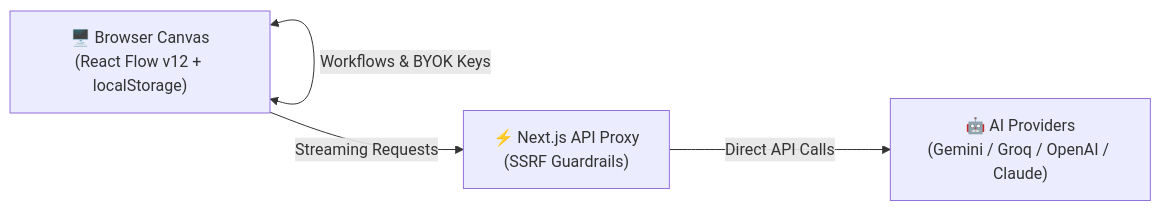
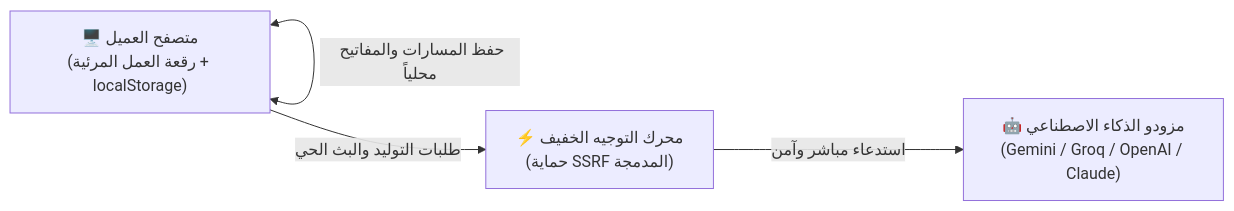
One commit to RaadDev/-AI- changed the diagram in README.md. Above: the diagram before and after it, drawn with Mermaid. The commit also changed other lines of this file, not shown here.

Commit message:
docs: modernize and elevate Arabic README UI with visual tables & architecture flowchart

````diff
--- a/README.md
+++ b/README.md
@@ -78,10 +71,10 @@
 ```mermaid
 graph LR
-    Browser["🖥️ Browser Canvas\n(React Flow v12 + localStorage)"]
-    Proxy["⚡ Next.js API Proxy\n(SSRF Guardrails)"]
-    Providers["🤖 AI Providers\n(Gemini / Groq / OpenAI / Claude)"]
+    Browser["🖥️ متصفح العميل\n(رقعة العمل المرئية + localStorage)"]
+    Proxy["⚡ محرك التوجيه الخفيف\n(حماية SSRF المدمجة)"]
+    Providers["🤖 مزودو الذكاء الاصطناعي\n(Gemini / Groq / OpenAI / Claude)"]
 
-    Browser <--> |Workflows & BYOK Keys| Browser
-    Browser --> |Streaming Requests| Proxy
-    Proxy --> |Direct API Calls| Providers
+    Browser <--> |حفظ المسارات والمفاتيح محلياً| Browser
+    Browser --> |طلبات التوليد والبث الحي| Proxy
+    Proxy --> |استدعاء مباشر وآمن| Providers
 ```
````
